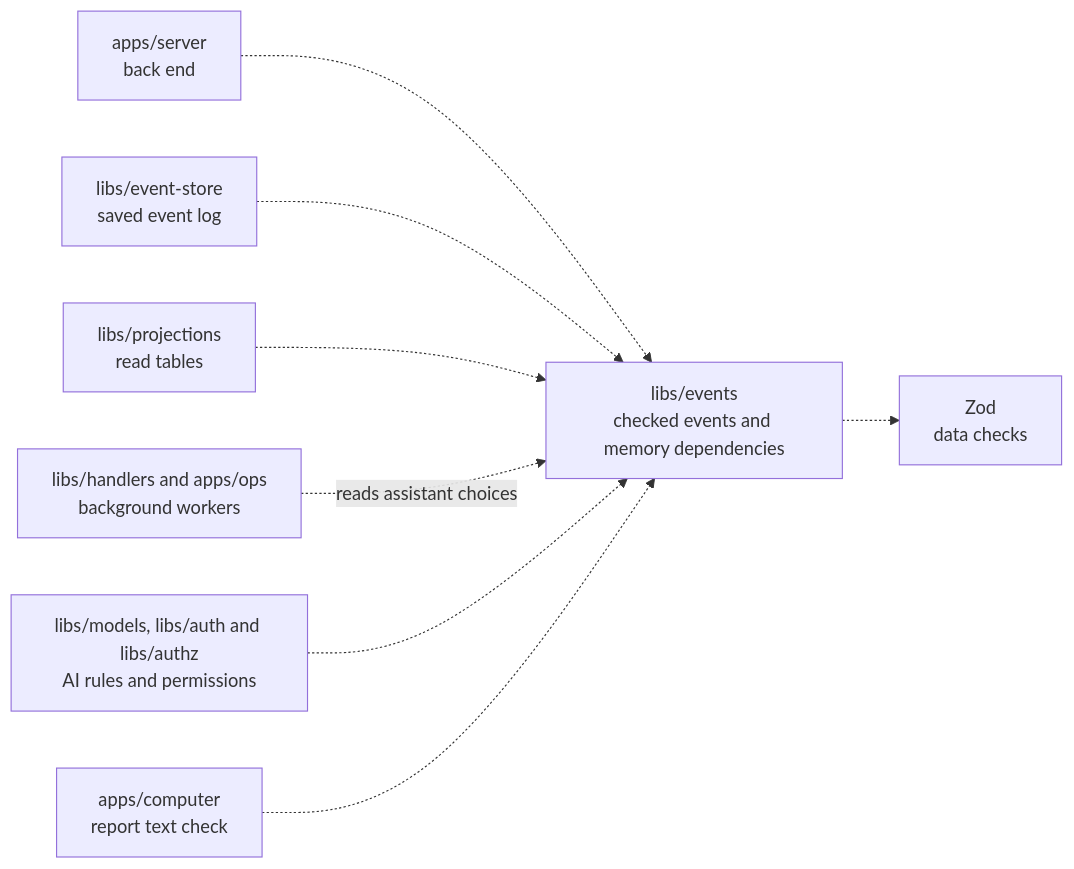
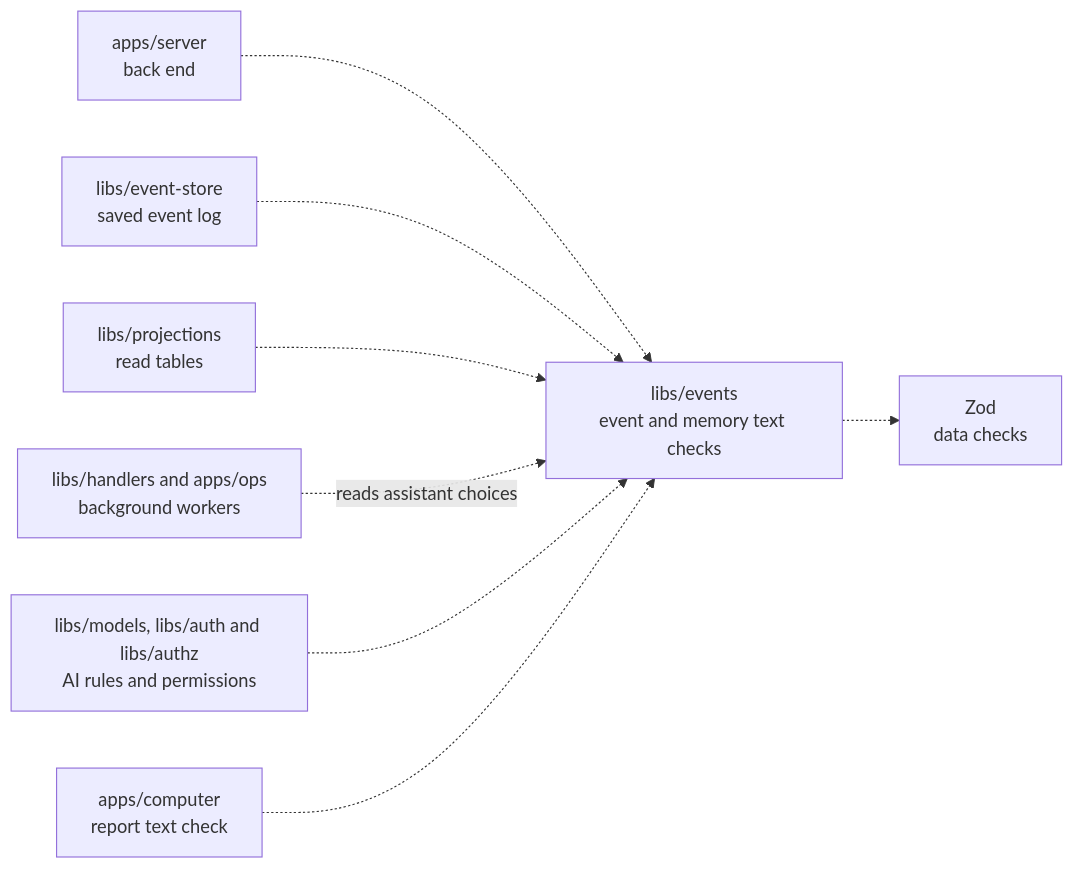
Before and after one commit to elewa-git/opencrane-new: the diagram in libs/events/README.md, drawn with Mermaid. The commit also changed other lines of this file and 22 other files, not shown here.

````diff
--- a/libs/events/README.md
+++ b/libs/events/README.md
@@ -22,10 +23,10 @@
 ```mermaid
 flowchart LR
-  server["apps/server<br/>back end"] -.-> events["libs/events<br/>checked events and memory dependencies"]
+  server["apps/server<br/>back end"] -.-> events["libs/events<br/>event and memory text checks"]
   store["libs/event-store<br/>saved event log"] -.-> events
   projections["libs/projections<br/>read tables"] -.-> events
   workers["libs/handlers and apps/ops<br/>background workers"] -.->|reads assistant choices| events
   others["libs/models, libs/auth and libs/authz<br/>AI rules and permissions"] -.-> events
   computer["apps/computer<br/>report text check"] -.-> events
   events -.-> zod["Zod<br/>data checks"]
 ```
````
